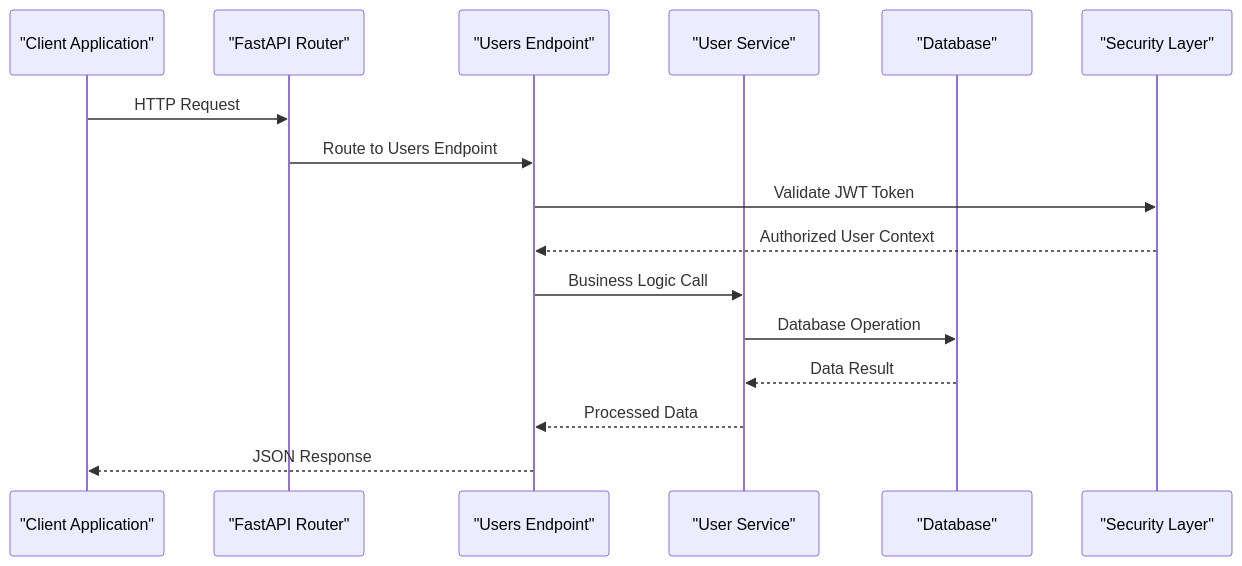
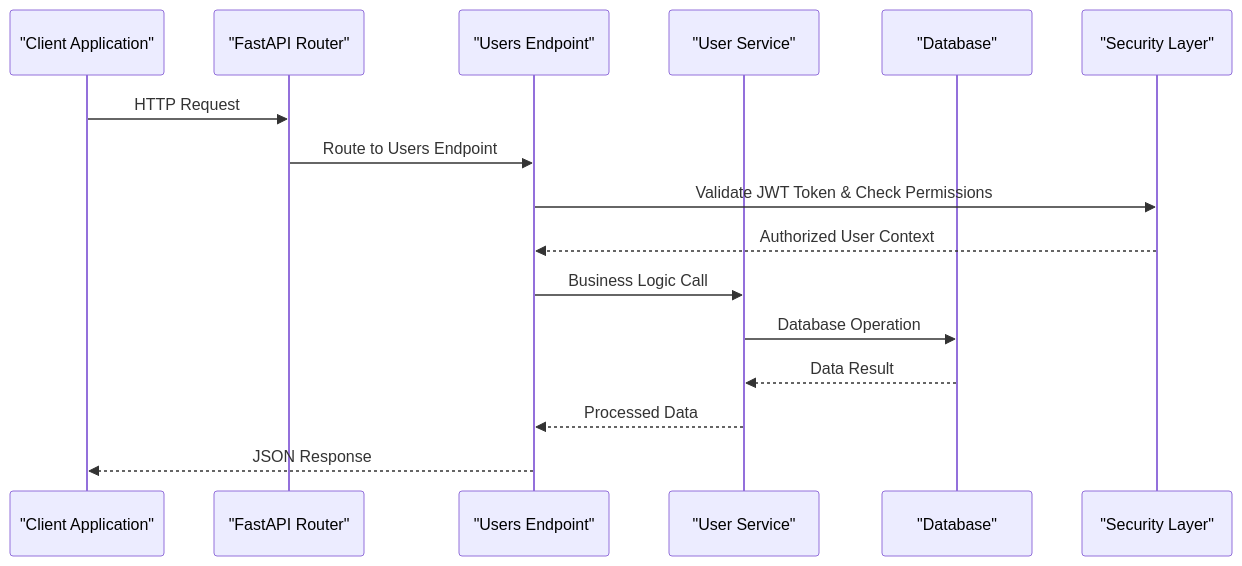
The second of 5 diagrams in .qoder/repowiki/en/content/Core API Reference/User Management Endpoints.md (Nikita5543/New-SSO-02), drawn with Mermaid before and after one commit. The commit also changed other lines of this file and 4 other files, not shown here.

````diff
--- a/.qoder/repowiki/en/content/Core API Reference/User Management Endpoints.md
+++ b/.qoder/repowiki/en/content/Core API Reference/User Management Endpoints.md
@@ -92,18 +102,18 @@
 ```mermaid
 sequenceDiagram
 participant Client as "Client Application"
 participant API as "FastAPI Router"
 participant Endpoint as "Users Endpoint"
 participant Service as "User Service"
 participant DB as "Database"
 participant Security as "Security Layer"
 Client->>API : HTTP Request
 API->>Endpoint : Route to Users Endpoint
-Endpoint->>Security : Validate JWT Token
+Endpoint->>Security : Validate JWT Token & Check Permissions
 Security-->>Endpoint : Authorized User Context
 Endpoint->>Service : Business Logic Call
 Service->>DB : Database Operation
 DB-->>Service : Data Result
 Service-->>Endpoint : Processed Data
 Endpoint-->>Client : JSON Response
 ```
````
